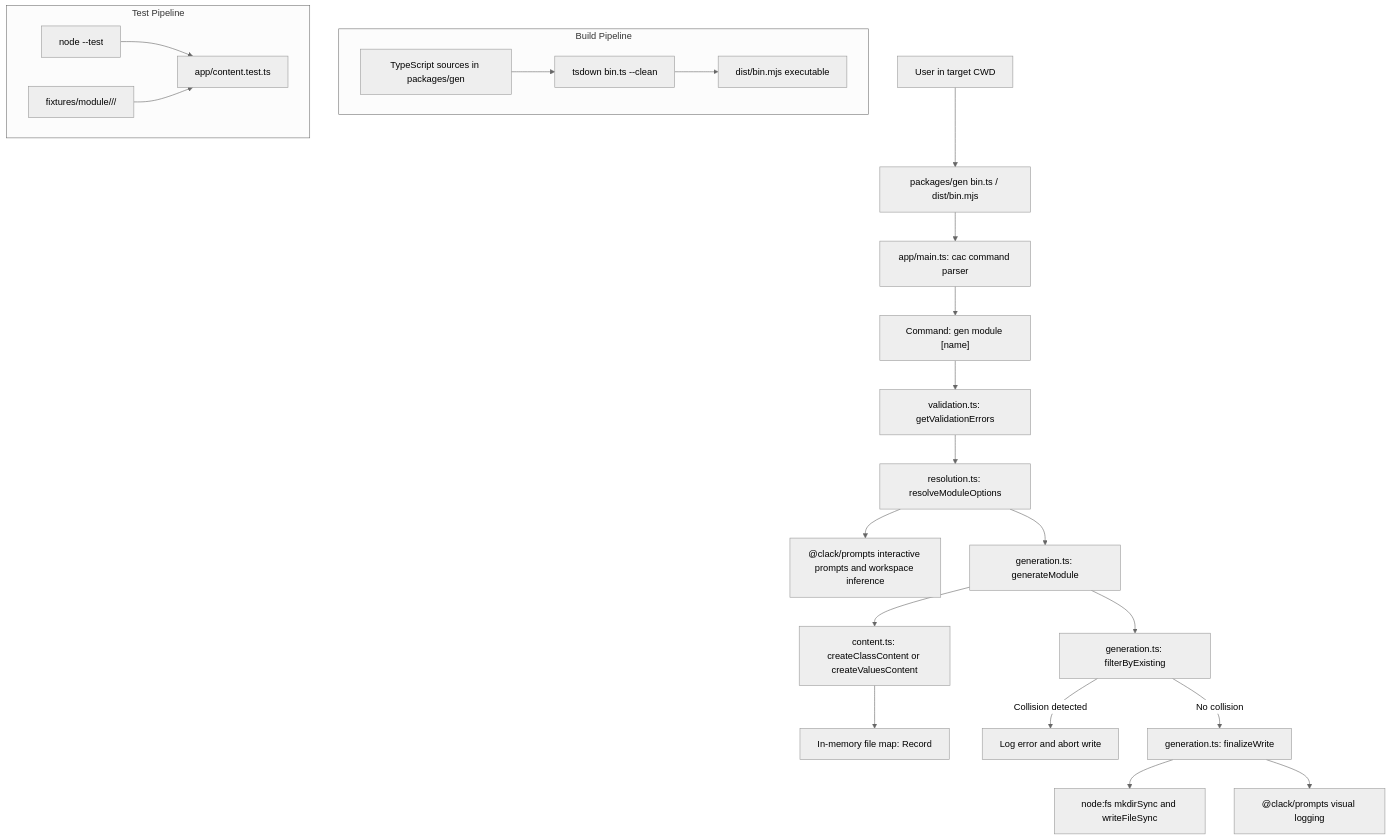
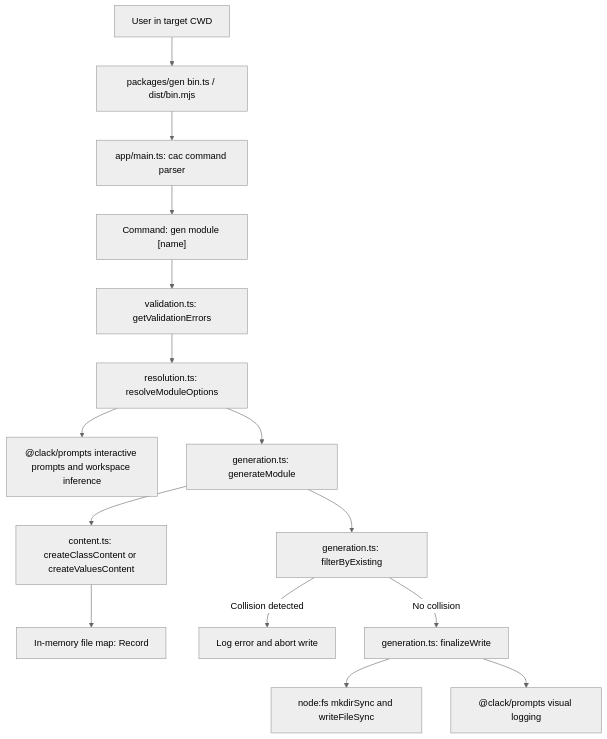
One commit to GaryB432/gb-schematics changed the diagram in docs/devkit-runner-architecture.md. Above: the diagram before and after it, drawn with Mermaid (neutral theme). The commit also changed other lines of this file and 2 other files, not shown here.

Commit message:
docs: update architecture diagrams and README for new CLI structure

````diff
--- a/docs/devkit-runner-architecture.md
+++ b/docs/devkit-runner-architecture.md
@@ -16,36 +16,20 @@
 ```mermaid
-flowchart TD
+flowchart TB
 	U["User in target CWD"] --> BIN["packages/gen bin.ts / dist/bin.mjs"]
 	BIN --> MAIN["app/main.ts: cac command parser"]
 	MAIN --> CMD["Command: gen module [name]"]
 
 	CMD --> VAL["validation.ts: getValidationErrors"]
 	VAL --> RES["resolution.ts: resolveModuleOptions"]
 	RES --> PROMPT["@clack/prompts interactive prompts and workspace inference"]
 
 	RES --> GEN["generation.ts: generateModule"]
 	GEN --> CONT["content.ts: createClassContent or createValuesContent"]
 	CONT --> MAP["In-memory file map: Record<path, content>"]
 
 	GEN --> CHECK["generation.ts: filterByExisting"]
 	CHECK -->|Collision detected| ABORT["Log error and abort write"]
 	CHECK -->|No collision| WRITE["generation.ts: finalizeWrite"]
 	WRITE --> FS["node:fs mkdirSync and writeFileSync"]
 	WRITE --> LOG["@clack/prompts visual logging"]
-
-	subgraph Build_Pipeline["Build Pipeline"]
-		SRC["TypeScript sources in packages/gen"]
-		TSDOWN["tsdown bin.ts --clean"]
-		DIST["dist/bin.mjs executable"]
-		SRC --> TSDOWN
-		TSDOWN --> DIST
-	end
-
-	subgraph Test_Pipeline["Test Pipeline"]
-		NODETEST["node --test"]
-		SUITE["app/content.test.ts"]
-		FIXTURES["fixtures/module/<language>/<kind>/<testRunner>"]
-		NODETEST --> SUITE
-		FIXTURES --> SUITE
-	end
 ```
````
